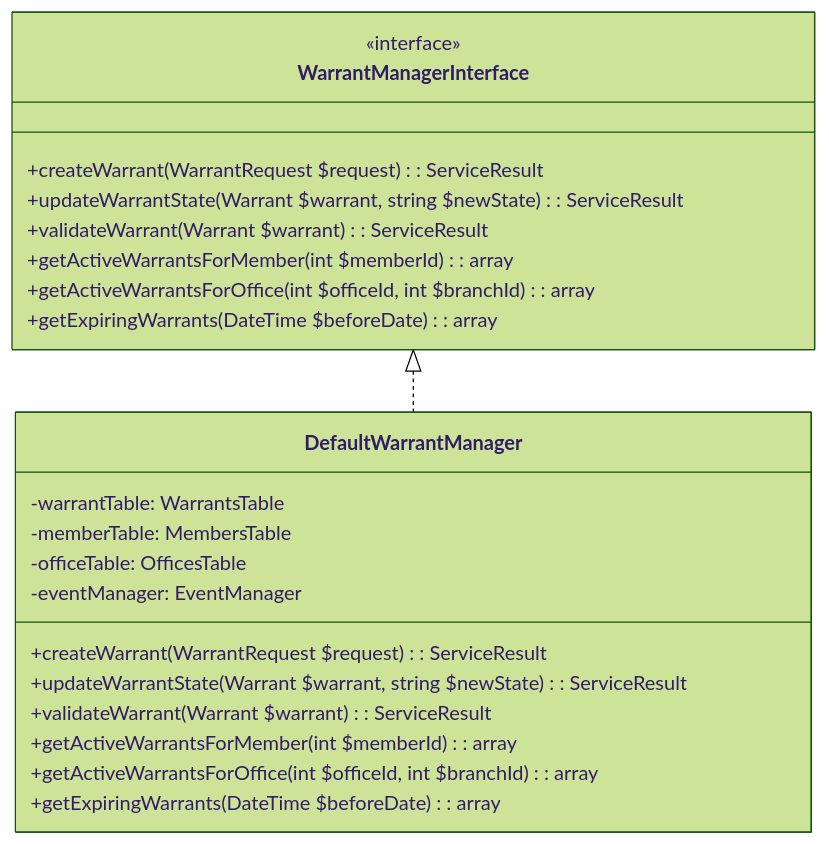
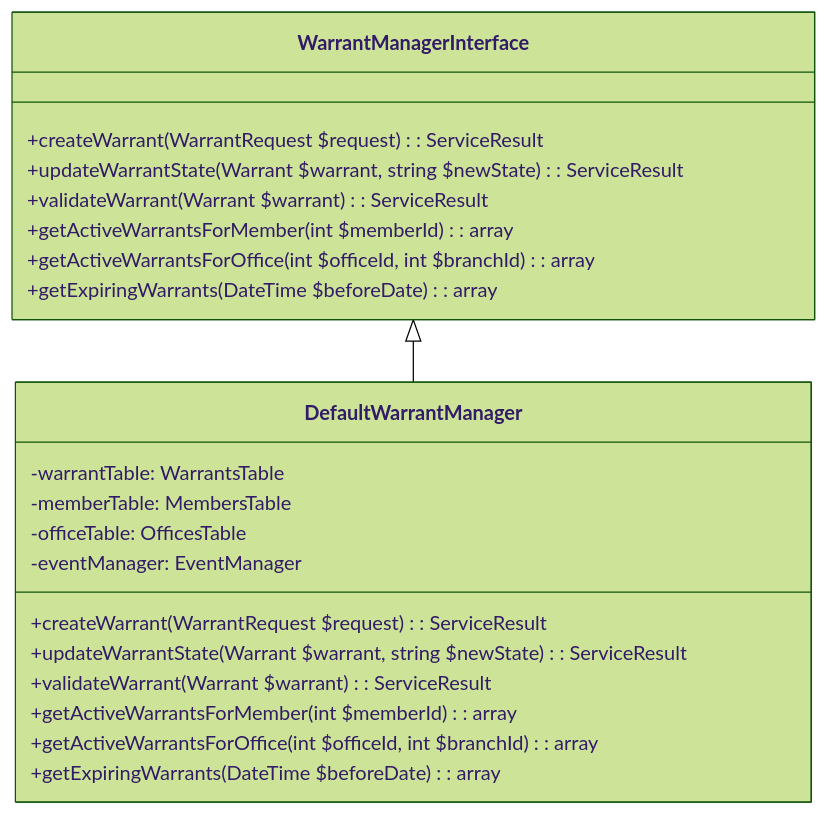
Before and after one commit to Ansteorra/KMP: the first of 3 diagrams in docs/7-services.md, drawn with Mermaid (forest theme). The commit also changed other lines of this file and 19 other files, not shown here.

````diff
--- a/docs/7-services.md
+++ b/docs/7-services.md
@@ -15,27 +18,30 @@
 ```mermaid
+---
+title:Service
+---
 classDiagram
     class WarrantManagerInterface {
-        <<interface>>
         +createWarrant(WarrantRequest $request): ServiceResult
         +updateWarrantState(Warrant $warrant, string $newState): ServiceResult
         +validateWarrant(Warrant $warrant): ServiceResult
         +getActiveWarrantsForMember(int $memberId): array
         +getActiveWarrantsForOffice(int $officeId, int $branchId): array
         +getExpiringWarrants(DateTime $beforeDate): array
     }
     
     class DefaultWarrantManager {
         -warrantTable: WarrantsTable
         -memberTable: MembersTable
         -officeTable: OfficesTable
         -eventManager: EventManager
         +createWarrant(WarrantRequest $request): ServiceResult
         +updateWarrantState(Warrant $warrant, string $newState): ServiceResult
         +validateWarrant(Warrant $warrant): ServiceResult
         +getActiveWarrantsForMember(int $memberId): array
         +getActiveWarrantsForOffice(int $officeId, int $branchId): array
         +getExpiringWarrants(DateTime $beforeDate): array
     }
     
-    WarrantManagerInterface <|.. DefaultWarrantManager
+    WarrantManagerInterface <|-- DefaultWarrantManager
+
 ```
````
